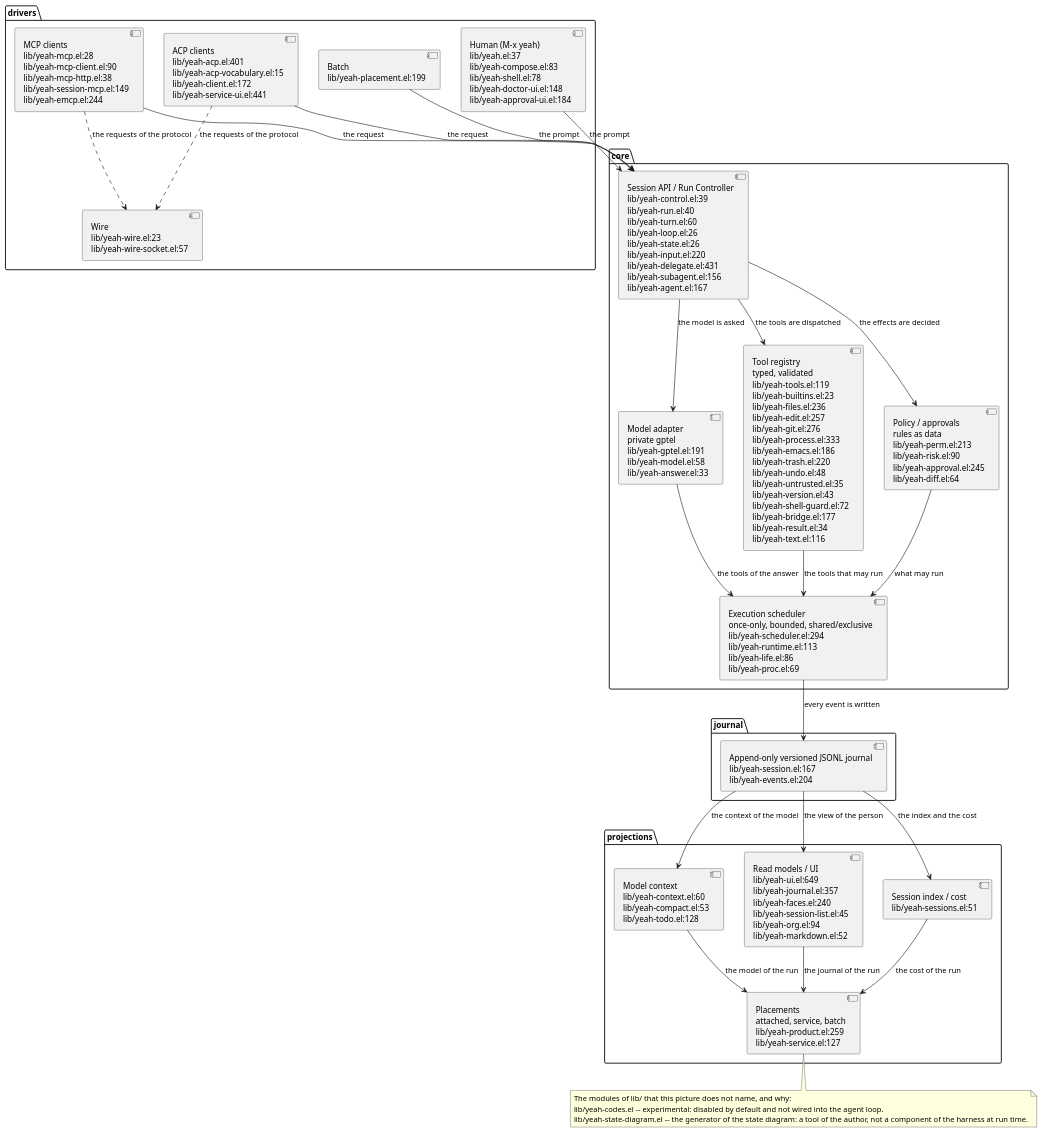
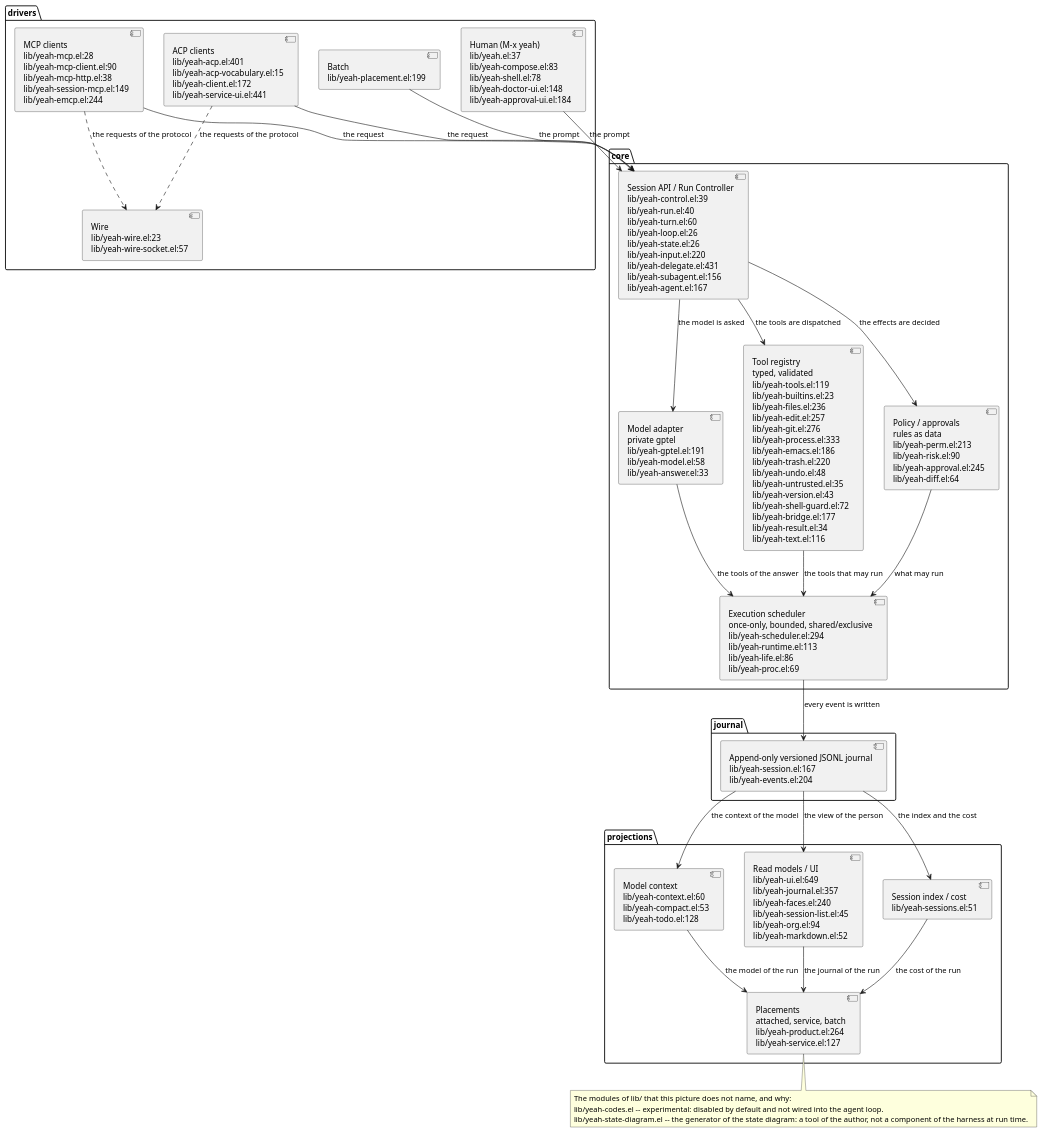
The diagram in site/diagrams/core-layers.puml (11111000000/yeah), drawn with PlantUML before and after one commit. The commit also changed 12 other files, not shown here.

```diff
--- a/site/diagrams/core-layers.puml
+++ b/site/diagrams/core-layers.puml
@@ -1,69 +1,69 @@
 @startuml core-layers
 ' The layers of the core of Yeah.
 '
 ' The same picture as the ASCII figure of the site and as the component
 ' architecture of `docs/ARCHITECTURE.md' §5, in the notation of components:
 ' the drivers submit to the run controller, the controller drives the model
 ' adapter, the tool registry and the policy, the scheduler runs what may
 ' run, everything that happened is written into one journal, and the
 ' projections read the journal.
 '
 ' Every block names the files that implement it, as `file:line'.  The
 ' modules of `lib/' that this picture does not name are listed in the note
 ' at the end of this file, with the reason why they are not there.
 
 package "drivers" as drivers {
   component "Human (M-x yeah)\nlib/yeah.el:37\nlib/yeah-compose.el:83\nlib/yeah-shell.el:78\nlib/yeah-doctor-ui.el:148\nlib/yeah-approval-ui.el:184" as human
   component "ACP clients\nlib/yeah-acp.el:401\nlib/yeah-acp-vocabulary.el:15\nlib/yeah-client.el:172\nlib/yeah-service-ui.el:441" as acp
   component "MCP clients\nlib/yeah-mcp.el:28\nlib/yeah-mcp-client.el:90\nlib/yeah-mcp-http.el:38\nlib/yeah-session-mcp.el:149\nlib/yeah-emcp.el:244" as mcp
   component "Batch\nlib/yeah-placement.el:199" as batch
   component "Wire\nlib/yeah-wire.el:23\nlib/yeah-wire-socket.el:57" as wire
 }
 
 package "core" as core {
   component "Session API / Run Controller\nlib/yeah-control.el:39\nlib/yeah-run.el:40\nlib/yeah-turn.el:60\nlib/yeah-loop.el:26\nlib/yeah-state.el:26\nlib/yeah-input.el:220\nlib/yeah-delegate.el:431\nlib/yeah-subagent.el:156\nlib/yeah-agent.el:167" as controller
   component "Model adapter\nprivate gptel\nlib/yeah-gptel.el:191\nlib/yeah-model.el:58\nlib/yeah-answer.el:33" as model_adapter
   component "Tool registry\ntyped, validated\nlib/yeah-tools.el:119\nlib/yeah-builtins.el:23\nlib/yeah-files.el:236\nlib/yeah-edit.el:257\nlib/yeah-git.el:276\nlib/yeah-process.el:333\nlib/yeah-emacs.el:186\nlib/yeah-trash.el:220\nlib/yeah-undo.el:48\nlib/yeah-untrusted.el:35\nlib/yeah-version.el:43\nlib/yeah-shell-guard.el:72\nlib/yeah-bridge.el:177\nlib/yeah-result.el:34\nlib/yeah-text.el:116" as registry
   component "Policy / approvals\nrules as data\nlib/yeah-perm.el:213\nlib/yeah-risk.el:90\nlib/yeah-approval.el:245\nlib/yeah-diff.el:64" as policy
   component "Execution scheduler\nonce-only, bounded, shared/exclusive\nlib/yeah-scheduler.el:294\nlib/yeah-runtime.el:113\nlib/yeah-life.el:86\nlib/yeah-proc.el:69" as scheduler
 }
 
 package "journal" as journal {
   component "Append-only versioned JSONL journal\nlib/yeah-session.el:167\nlib/yeah-events.el:204" as log
 }
 
 package "projections" as projections {
   component "Model context\nlib/yeah-context.el:60\nlib/yeah-compact.el:53\nlib/yeah-todo.el:128" as context
   component "Read models / UI\nlib/yeah-ui.el:649\nlib/yeah-journal.el:357\nlib/yeah-faces.el:240\nlib/yeah-session-list.el:45\nlib/yeah-org.el:94\nlib/yeah-markdown.el:52" as ui
   component "Session index / cost\nlib/yeah-sessions.el:51" as sessions
-  component "Placements\nattached, service, batch\nlib/yeah-product.el:259\nlib/yeah-service.el:127" as placements
+  component "Placements\nattached, service, batch\nlib/yeah-product.el:264\nlib/yeah-service.el:127" as placements
 }
 
 human --> controller : the prompt
 acp --> controller : the request
 mcp --> controller : the request
 batch --> controller : the prompt
 acp ..> wire : the requests of the protocol
 mcp ..> wire : the requests of the protocol
 
 controller --> model_adapter : the model is asked
 controller --> registry : the tools are dispatched
 controller --> policy : the effects are decided
 model_adapter --> scheduler : the tools of the answer
 registry --> scheduler : the tools that may run
 policy --> scheduler : what may run
 scheduler --> log : every event is written
 
 log --> context : the context of the model
 log --> ui : the view of the person
 log --> sessions : the index and the cost
 context --> placements : the model of the run
 ui --> placements : the journal of the run
 sessions --> placements : the cost of the run
 
 note bottom
   The modules of lib/ that this picture does not name, and why:
   lib/yeah-codes.el -- experimental: disabled by default and not wired into the agent loop.
   lib/yeah-state-diagram.el -- the generator of the state diagram: a tool of the author, not a component of the harness at run time.
 end note
 @enduml
```
